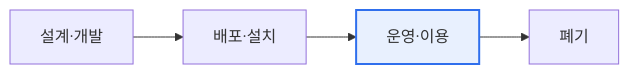
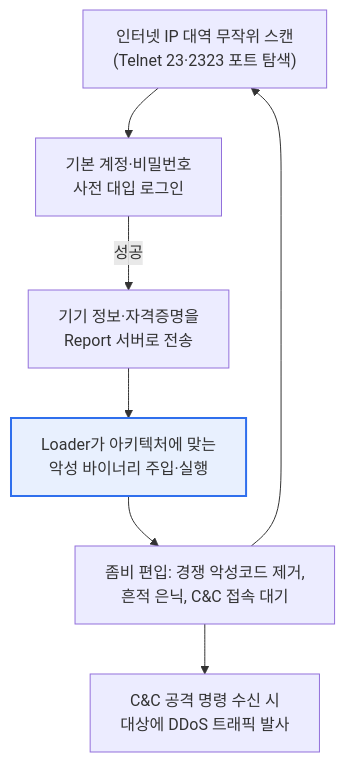
Before and after one commit to coninggu/wjdqhrhksflrltnftk: the second of 2 diagrams in content/mirai-botnet.md, drawn with Mermaid. The commit also changed other lines of this file and 3 other files, not shown here.

````diff
--- a/content/mirai-botnet.md
+++ b/content/mirai-botnet.md
@@ -20,5 +49,10 @@
 ```mermaid
-flowchart LR
-  D["설계·개발"] --> P["배포·설치"] --> O["운영·이용"] --> E["폐기"]
-  style O fill:#e8f0fe,stroke:#2f6fed,stroke-width:2px
+flowchart TD
+  A["인터넷 IP 대역 무작위 스캔<br/>(Telnet 23·2323 포트 탐색)"] --> B["기본 계정·비밀번호<br/>사전 대입 로그인"]
+  B -->|"성공"| C["기기 정보·자격증명을<br/>Report 서버로 전송"]
+  C --> D["Loader가 아키텍처에 맞는<br/>악성 바이너리 주입·실행"]
+  D --> E["좀비 편입: 경쟁 악성코드 제거,<br/>흔적 은닉, C&C 접속 대기"]
+  E --> F["C&C 공격 명령 수신 시<br/>대상에 DDoS 트래픽 발사"]
+  E --> A
+  style D fill:#e8f0fe,stroke:#2f6fed,stroke-width:2px
 ```
````
